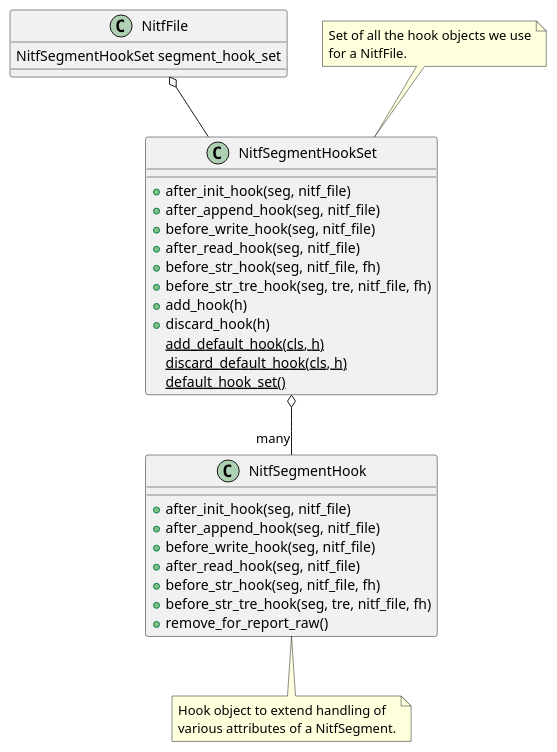
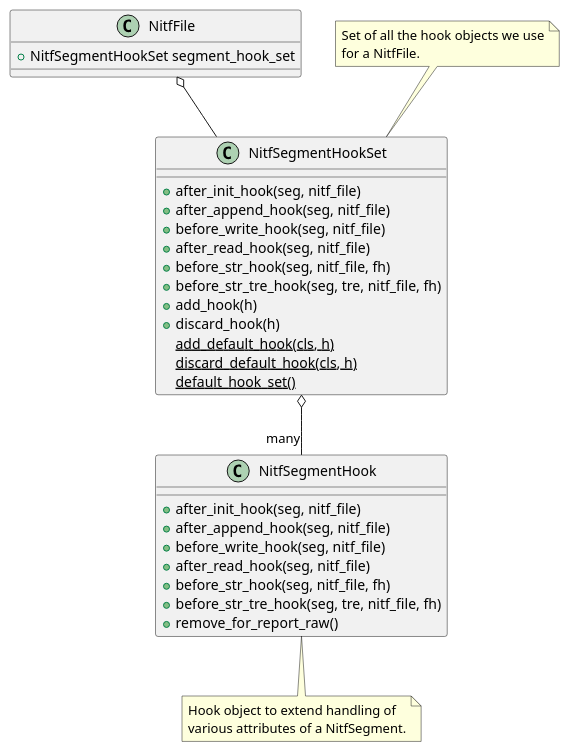
The third of 6 diagrams in doc/nitf_file.rst (Cartography-jpl/pynitf), drawn with PlantUML before and after one commit. The commit also changed other lines of this file, not shown here.

```diff
--- a/doc/nitf_file.rst
+++ b/doc/nitf_file.rst
@@ -187,41 +187,41 @@
 .. uml::
    :caption: NitfSegmentHookSet
 
    class NitfFile {
-      NitfSegmentHookSet segment_hook_set
+      +NitfSegmentHookSet segment_hook_set
    }
 
    class NitfSegmentHookSet {
       +after_init_hook(seg, nitf_file)
       +after_append_hook(seg, nitf_file)
       +before_write_hook(seg, nitf_file)
       +after_read_hook(seg, nitf_file)
       +before_str_hook(seg, nitf_file, fh)
       +before_str_tre_hook(seg, tre, nitf_file, fh)
       +add_hook(h)
       +discard_hook(h)
       {static} add_default_hook(cls, h)
       {static} discard_default_hook(cls, h)
       {static} default_hook_set()
       }
    note top
      Set of all the hook objects we use
      for a NitfFile.
    end note
 
    class NitfSegmentHook {
       +after_init_hook(seg, nitf_file)
       +after_append_hook(seg, nitf_file)
       +before_write_hook(seg, nitf_file)
       +after_read_hook(seg, nitf_file)
       +before_str_hook(seg, nitf_file, fh)
       +before_str_tre_hook(seg, tre, nitf_file, fh)
       +remove_for_report_raw()
    }
    note bottom
       Hook object to extend handling of
       various attributes of a NitfSegment.
    end note
    
    NitfFile o--  NitfSegmentHookSet
    NitfSegmentHookSet o-- "many" NitfSegmentHook
```
